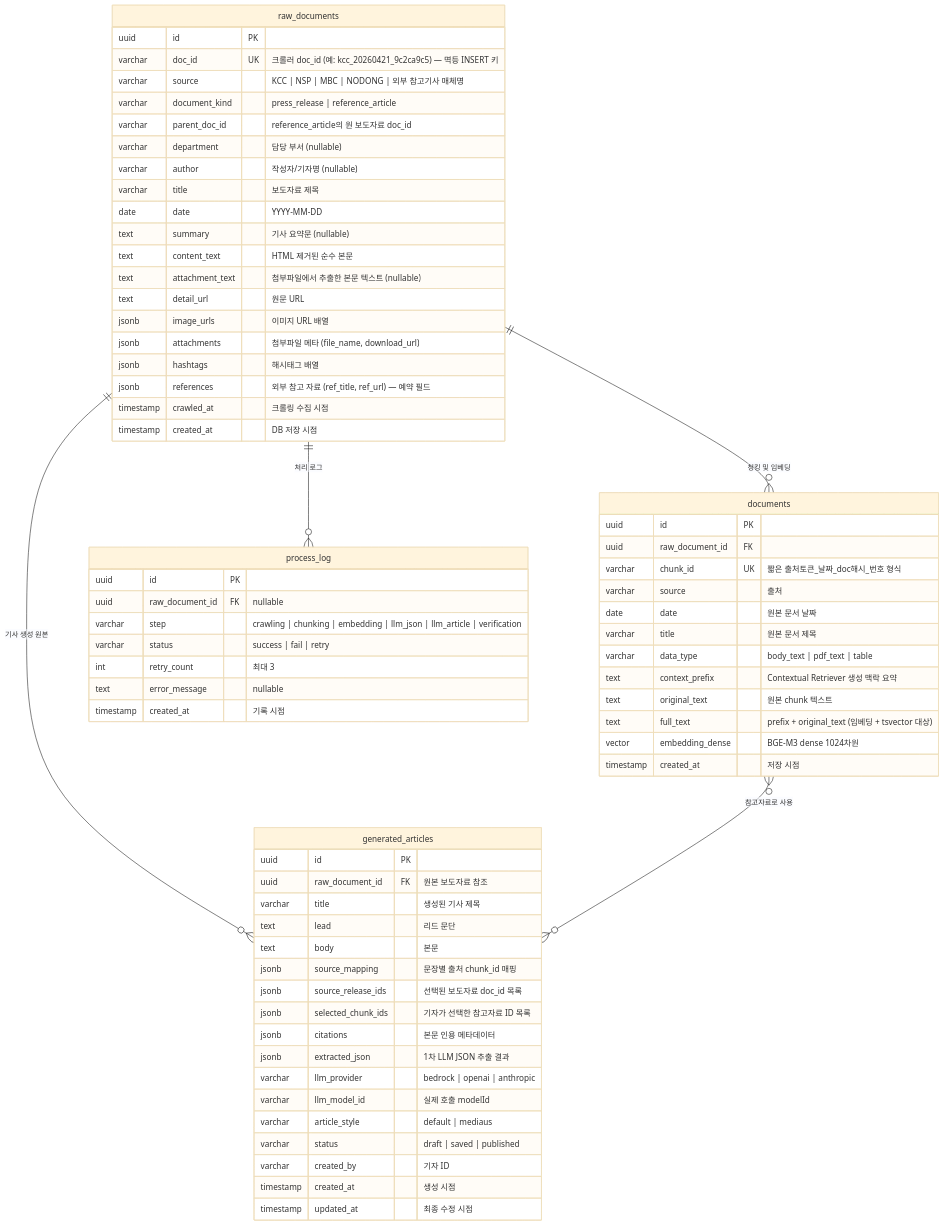
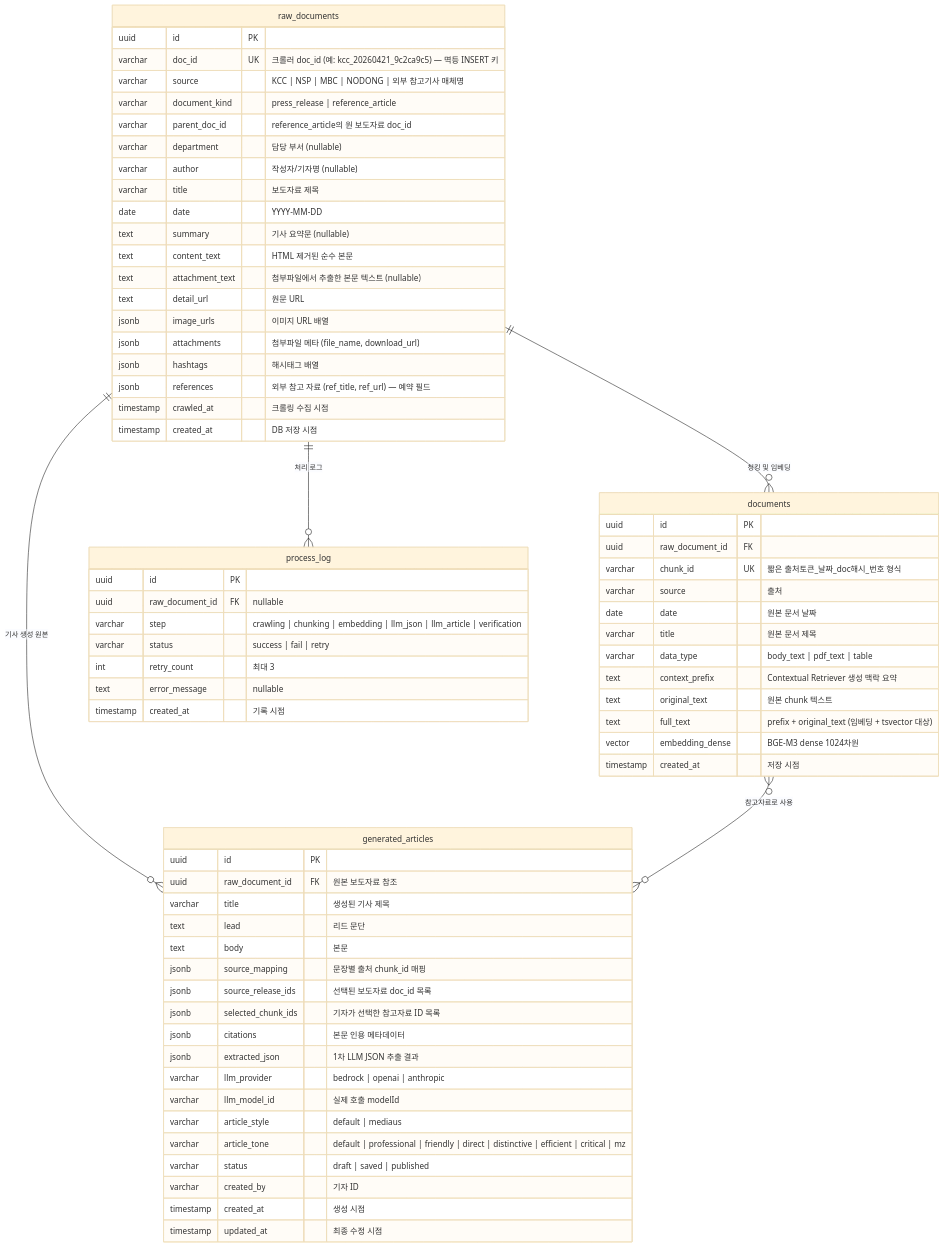
One commit to 00three/Full-Stack changed the diagram in rag/ERD.md. Above: the diagram before and after it, drawn with Mermaid (base theme). The commit also changed 10 other files, not shown here.

Commit message:
feat: add article tone controls and opus model

````diff
--- a/rag/ERD.md
+++ b/rag/ERD.md
@@ -3,74 +3,75 @@
 ```mermaid
 erDiagram
   raw_documents {
     uuid id PK
     varchar doc_id UK "크롤러 doc_id (예: kcc_20260421_9c2ca9c5) — 멱등 INSERT 키"
     varchar source "KCC | NSP | MBC | NODONG | 외부 참고기사 매체명"
     varchar document_kind "press_release | reference_article"
     varchar parent_doc_id "reference_article의 원 보도자료 doc_id"
     varchar department "담당 부서 (nullable)"
     varchar author "작성자/기자명 (nullable)"
     varchar title "보도자료 제목"
     date date "YYYY-MM-DD"
     text summary "기사 요약문 (nullable)"
     text content_text "HTML 제거된 순수 본문"
     text attachment_text "첨부파일에서 추출한 본문 텍스트 (nullable)"
     text detail_url "원문 URL"
     jsonb image_urls "이미지 URL 배열"
     jsonb attachments "첨부파일 메타 (file_name, download_url)"
     jsonb hashtags "해시태그 배열"
     jsonb references "외부 참고 자료 (ref_title, ref_url) — 예약 필드"
     timestamp crawled_at "크롤링 수집 시점"
     timestamp created_at "DB 저장 시점"
   }
 
   documents {
     uuid id PK
     uuid raw_document_id FK
     varchar chunk_id UK "짧은 출처토큰_날짜_doc해시_번호 형식"
     varchar source "출처"
     date date "원본 문서 날짜"
     varchar title "원본 문서 제목"
     varchar data_type "body_text | pdf_text | table"
     text context_prefix "Contextual Retriever 생성 맥락 요약"
     text original_text "원본 chunk 텍스트"
     text full_text "prefix + original_text (임베딩 + tsvector 대상)"
     vector embedding_dense "BGE-M3 dense 1024차원"
     timestamp created_at "저장 시점"
   }
 
   generated_articles {
     uuid id PK
     uuid raw_document_id FK "원본 보도자료 참조"
     varchar title "생성된 기사 제목"
     text lead "리드 문단"
     text body "본문"
     jsonb source_mapping "문장별 출처 chunk_id 매핑"
     jsonb source_release_ids "선택된 보도자료 doc_id 목록"
     jsonb selected_chunk_ids "기자가 선택한 참고자료 ID 목록"
     jsonb citations "본문 인용 메타데이터"
     jsonb extracted_json "1차 LLM JSON 추출 결과"
     varchar llm_provider "bedrock | openai | anthropic"
     varchar llm_model_id "실제 호출 modelId"
     varchar article_style "default | mediaus"
+    varchar article_tone "default | professional | friendly | direct | distinctive | efficient | critical | mz"
     varchar status "draft | saved | published"
     varchar created_by "기자 ID"
     timestamp created_at "생성 시점"
     timestamp updated_at "최종 수정 시점"
   }
 
   process_log {
     uuid id PK
     uuid raw_document_id FK "nullable"
     varchar step "crawling | chunking | embedding | llm_json | llm_article | verification"
     varchar status "success | fail | retry"
     int retry_count "최대 3"
     text error_message "nullable"
     timestamp created_at "기록 시점"
   }
 
   raw_documents ||--o{ documents : "청킹 및 임베딩"
   raw_documents ||--o{ generated_articles : "기사 생성 원본"
   raw_documents ||--o{ process_log : "처리 로그"
   documents }o--o{ generated_articles : "참고자료로 사용"
 ```
````
